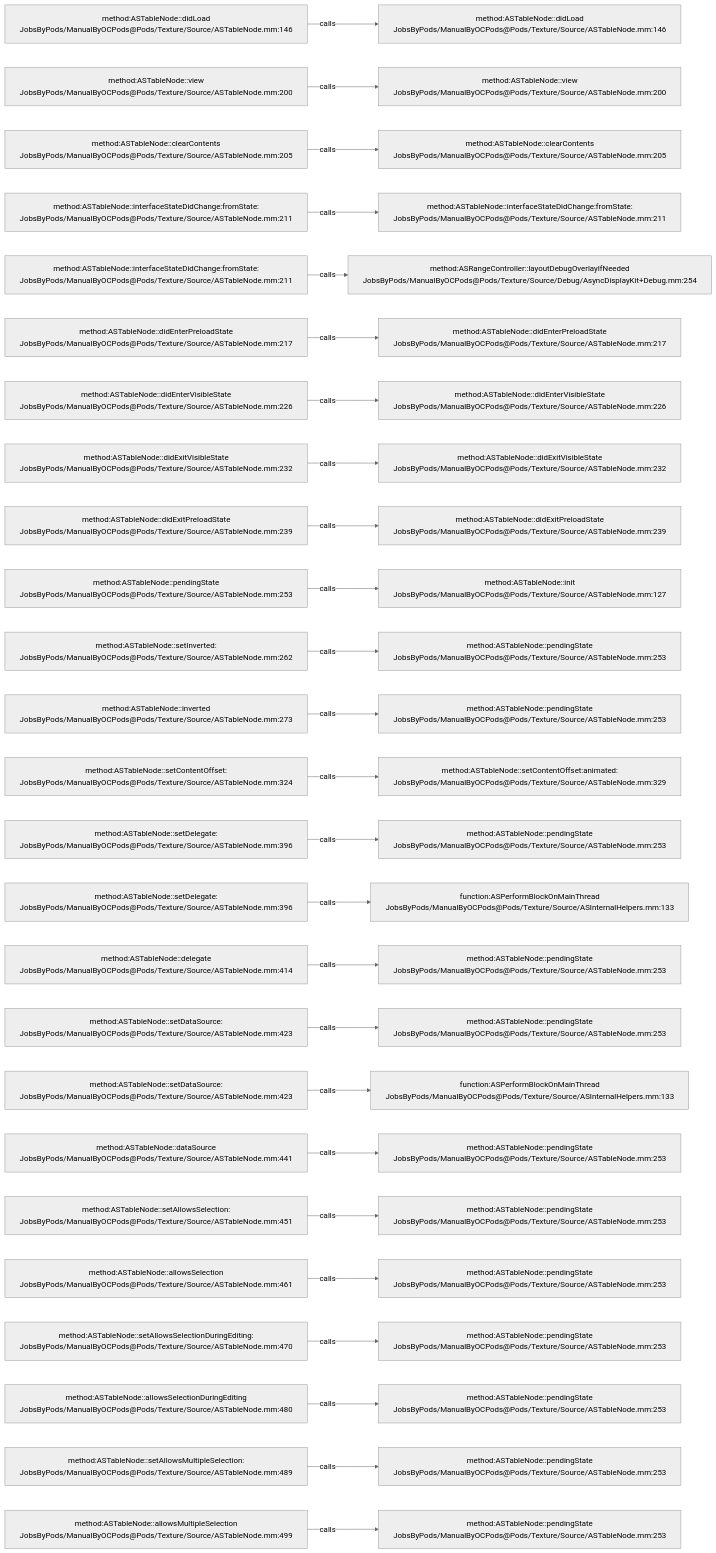
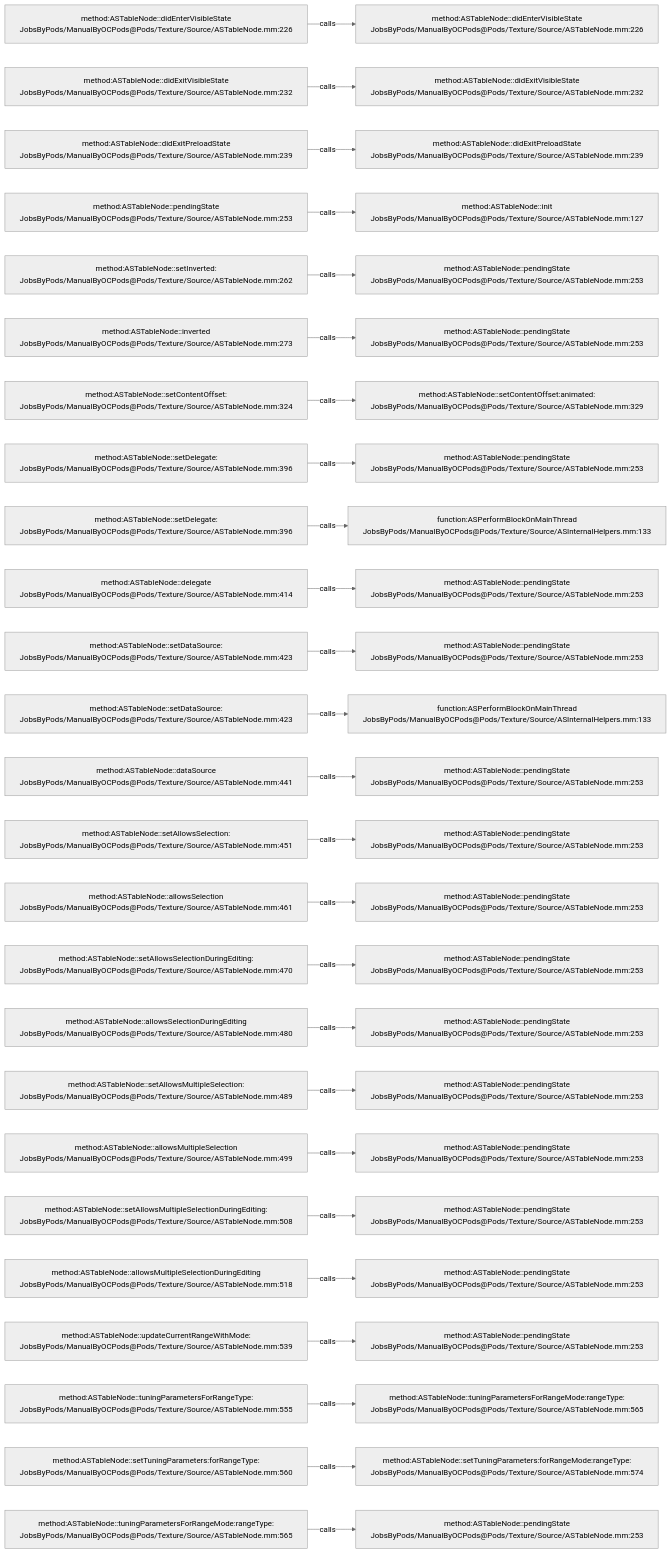
The diagram in .codegraph/codegraph.md/graphs/calls-115.md (JobsKits/JobsOCBaseConfigDemo), drawn with Mermaid (neutral theme) before and after one commit. The commit also changed 666 other files, not shown here.

````diff
--- a/.codegraph/codegraph.md/graphs/calls-115.md
+++ b/.codegraph/codegraph.md/graphs/calls-115.md
@@ -13,78 +13,78 @@
 ```mermaid
 flowchart LR
-  S1["method:ASTableNode::didLoad<br/>JobsByPods/ManualByOCPods@Pods/Texture/Source/ASTableNode.mm:146"]
-  T1["method:ASTableNode::didLoad<br/>JobsByPods/ManualByOCPods@Pods/Texture/Source/ASTableNode.mm:146"]
+  S1["method:ASTableNode::didEnterVisibleState<br/>JobsByPods/ManualByOCPods@Pods/Texture/Source/ASTableNode.mm:226"]
+  T1["method:ASTableNode::didEnterVisibleState<br/>JobsByPods/ManualByOCPods@Pods/Texture/Source/ASTableNode.mm:226"]
   S1 -->|calls| T1
-  S2["method:ASTableNode::view<br/>JobsByPods/ManualByOCPods@Pods/Texture/Source/ASTableNode.mm:200"]
-  T2["method:ASTableNode::view<br/>JobsByPods/ManualByOCPods@Pods/Texture/Source/ASTableNode.mm:200"]
+  S2["method:ASTableNode::didExitVisibleState<br/>JobsByPods/ManualByOCPods@Pods/Texture/Source/ASTableNode.mm:232"]
+  T2["method:ASTableNode::didExitVisibleState<br/>JobsByPods/ManualByOCPods@Pods/Texture/Source/ASTableNode.mm:232"]
   S2 -->|calls| T2
-  S3["method:ASTableNode::clearContents<br/>JobsByPods/ManualByOCPods@Pods/Texture/Source/ASTableNode.mm:205"]
-  T3["method:ASTableNode::clearContents<br/>JobsByPods/ManualByOCPods@Pods/Texture/Source/ASTableNode.mm:205"]
+  S3["method:ASTableNode::didExitPreloadState<br/>JobsByPods/ManualByOCPods@Pods/Texture/Source/ASTableNode.mm:239"]
+  T3["method:ASTableNode::didExitPreloadState<br/>JobsByPods/ManualByOCPods@Pods/Texture/Source/ASTableNode.mm:239"]
   S3 -->|calls| T3
-  S4["method:ASTableNode::interfaceStateDidChange:fromState:<br/>JobsByPods/ManualByOCPods@Pods/Texture/Source/ASTableNode.mm:211"]
-  T4["method:ASTableNode::interfaceStateDidChange:fromState:<br/>JobsByPods/ManualByOCPods@Pods/Texture/Source/ASTableNode.mm:211"]
+  S4["method:ASTableNode::pendingState<br/>JobsByPods/ManualByOCPods@Pods/Texture/Source/ASTableNode.mm:253"]
+  T4["method:ASTableNode::init<br/>JobsByPods/ManualByOCPods@Pods/Texture/Source/ASTableNode.mm:127"]
   S4 -->|calls| T4
-  S5["method:ASTableNode::interfaceStateDidChange:fromState:<br/>JobsByPods/ManualByOCPods@Pods/Texture/Source/ASTableNode.mm:211"]
-  T5["method:ASRangeController::layoutDebugOverlayIfNeeded<br/>JobsByPods/ManualByOCPods@Pods/Texture/Source/Debug/AsyncDisplayKit+Debug.mm:254"]
+  S5["method:ASTableNode::setInverted:<br/>JobsByPods/ManualByOCPods@Pods/Texture/Source/ASTableNode.mm:262"]
+  T5["method:ASTableNode::pendingState<br/>JobsByPods/ManualByOCPods@Pods/Texture/Source/ASTableNode.mm:253"]
   S5 -->|calls| T5
-  S6["method:ASTableNode::didEnterPreloadState<br/>JobsByPods/ManualByOCPods@Pods/Texture/Source/ASTableNode.mm:217"]
-  T6["method:ASTableNode::didEnterPreloadState<br/>JobsByPods/ManualByOCPods@Pods/Texture/Source/ASTableNode.mm:217"]
+  S6["method:ASTableNode::inverted<br/>JobsByPods/ManualByOCPods@Pods/Texture/Source/ASTableNode.mm:273"]
+  T6["method:ASTableNode::pendingState<br/>JobsByPods/ManualByOCPods@Pods/Texture/Source/ASTableNode.mm:253"]
   S6 -->|calls| T6
-  S7["method:ASTableNode::didEnterVisibleState<br/>JobsByPods/ManualByOCPods@Pods/Texture/Source/ASTableNode.mm:226"]
-  T7["method:ASTableNode::didEnterVisibleState<br/>JobsByPods/ManualByOCPods@Pods/Texture/Source/ASTableNode.mm:226"]
+  S7["method:ASTableNode::setContentOffset:<br/>JobsByPods/ManualByOCPods@Pods/Texture/Source/ASTableNode.mm:324"]
+  T7["method:ASTableNode::setContentOffset:animated:<br/>JobsByPods/ManualByOCPods@Pods/Texture/Source/ASTableNode.mm:329"]
   S7 -->|calls| T7
-  S8["method:ASTableNode::didExitVisibleState<br/>JobsByPods/ManualByOCPods@Pods/Texture/Source/ASTableNode.mm:232"]
-  T8["method:ASTableNode::didExitVisibleState<br/>JobsByPods/ManualByOCPods@Pods/Texture/Source/ASTableNode.mm:232"]
+  S8["method:ASTableNode::setDelegate:<br/>JobsByPods/ManualByOCPods@Pods/Texture/Source/ASTableNode.mm:396"]
+  T8["method:ASTableNode::pendingState<br/>JobsByPods/ManualByOCPods@Pods/Texture/Source/ASTableNode.mm:253"]
   S8 -->|calls| T8
-  S9["method:ASTableNode::didExitPreloadState<br/>JobsByPods/ManualByOCPods@Pods/Texture/Source/ASTableNode.mm:239"]
-  T9["method:ASTableNode::didExitPreloadState<br/>JobsByPods/ManualByOCPods@Pods/Texture/Source/ASTableNode.mm:239"]
+  S9["method:ASTableNode::setDelegate:<br/>JobsByPods/ManualByOCPods@Pods/Texture/Source/ASTableNode.mm:396"]
+  T9["function:ASPerformBlockOnMainThread<br/>JobsByPods/ManualByOCPods@Pods/Texture/Source/ASInternalHelpers.mm:133"]
   S9 -->|calls| T9
-  S10["method:ASTableNode::pendingState<br/>JobsByPods/ManualByOCPods@Pods/Texture/Source/ASTableNode.mm:253"]
-  T10["method:ASTableNode::init<br/>JobsByPods/ManualByOCPods@Pods/Texture/Source/ASTableNode.mm:127"]
+  S10["method:ASTableNode::delegate<br/>JobsByPods/ManualByOCPods@Pods/Texture/Source/ASTableNode.mm:414"]
+  T10["method:ASTableNode::pendingState<br/>JobsByPods/ManualByOCPods@Pods/Texture/Source/ASTableNode.mm:253"]
   S10 -->|calls| T10
-  S11["method:ASTableNode::setInverted:<br/>JobsByPods/ManualByOCPods@Pods/Texture/Source/ASTableNode.mm:262"]
+  S11["method:ASTableNode::setDataSource:<br/>JobsByPods/ManualByOCPods@Pods/Texture/Source/ASTableNode.mm:423"]
   T11["method:ASTableNode::pendingState<br/>JobsByPods/ManualByOCPods@Pods/Texture/Source/ASTableNode.mm:253"]
   S11 -->|calls| T11
-  S12["method:ASTableNode::inverted<br/>JobsByPods/ManualByOCPods@Pods/Texture/Source/ASTableNode.mm:273"]
-  T12["method:ASTableNode::pendingState<br/>JobsByPods/ManualByOCPods@Pods/Texture/Source/ASTableNode.mm:253"]
+  S12["method:ASTableNode::setDataSource:<br/>JobsByPods/ManualByOCPods@Pods/Texture/Source/ASTableNode.mm:423"]
+  T12["function:ASPerformBlockOnMainThread<br/>JobsByPods/ManualByOCPods@Pods/Texture/Source/ASInternalHelpers.mm:133"]
   S12 -->|calls| T12
-  S13["method:ASTableNode::setContentOffset:<br/>JobsByPods/ManualByOCPods@Pods/Texture/Source/ASTableNode.mm:324"]
-  T13["method:ASTableNode::setContentOffset:animated:<br/>JobsByPods/ManualByOCPods@Pods/Texture/Source/ASTableNode.mm:329"]
+  S13["method:ASTableNode::dataSource<br/>JobsByPods/ManualByOCPods@Pods/Texture/Source/ASTableNode.mm:441"]
+  T13["method:ASTableNode::pendingState<br/>JobsByPods/ManualByOCPods@Pods/Texture/Source/ASTableNode.mm:253"]
   S13 -->|calls| T13
-  S14["method:ASTableNode::setDelegate:<br/>JobsByPods/ManualByOCPods@Pods/Texture/Source/ASTableNode.mm:396"]
+  S14["method:ASTableNode::setAllowsSelection:<br/>JobsByPods/ManualByOCPods@Pods/Texture/Source/ASTableNode.mm:451"]
   T14["method:ASTableNode::pendingState<br/>JobsByPods/ManualByOCPods@Pods/Texture/Source/ASTableNode.mm:253"]
   S14 -->|calls| T14
-  S15["method:ASTableNode::setDelegate:<br/>JobsByPods/ManualByOCPods@Pods/Texture/Source/ASTableNode.mm:396"]
-  T15["function:ASPerformBlockOnMainThread<br/>JobsByPods/ManualByOCPods@Pods/Texture/Source/ASInternalHelpers.mm:133"]
+  S15["method:ASTableNode::allowsSelection<br/>JobsByPods/ManualByOCPods@Pods/Texture/Source/ASTableNode.mm:461"]
+  T15["method:ASTableNode::pendingState<br/>JobsByPods/ManualByOCPods@Pods/Texture/Source/ASTableNode.mm:253"]
   S15 -->|calls| T15
-  S16["method:ASTableNode::delegate<br/>JobsByPods/ManualByOCPods@Pods/Texture/Source/ASTableNode.mm:414"]
+  S16["method:ASTableNode::setAllowsSelectionDuringEditing:<br/>JobsByPods/ManualByOCPods@Pods/Texture/Source/ASTableNode.mm:470"]
   T16["method:ASTableNode::pendingState<br/>JobsByPods/ManualByOCPods@Pods/Texture/Source/ASTableNode.mm:253"]
   S16 -->|calls| T16
-  S17["method:ASTableNode::setDataSource:<br/>JobsByPods/ManualByOCPods@Pods/Texture/Source/ASTableNode.mm:423"]
+  S17["method:ASTableNode::allowsSelectionDuringEditing<br/>JobsByPods/ManualByOCPods@Pods/Texture/Source/ASTableNode.mm:480"]
   T17["method:ASTableNode::pendingState<br/>JobsByPods/ManualByOCPods@Pods/Texture/Source/ASTableNode.mm:253"]
   S17 -->|calls| T17
-  S18["method:ASTableNode::setDataSource:<br/>JobsByPods/ManualByOCPods@Pods/Texture/Source/ASTableNode.mm:423"]
-  T18["function:ASPerformBlockOnMainThread<br/>JobsByPods/ManualByOCPods@Pods/Texture/Source/ASInternalHelpers.mm:133"]
+  S18["method:ASTableNode::setAllowsMultipleSelection:<br/>JobsByPods/ManualByOCPods@Pods/Texture/Source/ASTableNode.mm:489"]
+  T18["method:ASTableNode::pendingState<br/>JobsByPods/ManualByOCPods@Pods/Texture/Source/ASTableNode.mm:253"]
   S18 -->|calls| T18
-  S19["method:ASTableNode::dataSource<br/>JobsByPods/ManualByOCPods@Pods/Texture/Source/ASTableNode.mm:441"]
+  S19["method:ASTableNode::allowsMultipleSelection<br/>JobsByPods/ManualByOCPods@Pods/Texture/Source/ASTableNode.mm:499"]
   T19["method:ASTableNode::pendingState<br/>JobsByPods/ManualByOCPods@Pods/Texture/Source/ASTableNode.mm:253"]
   S19 -->|calls| T19
-  S20["method:ASTableNode::setAllowsSelection:<br/>JobsByPods/ManualByOCPods@Pods/Texture/Source/ASTableNode.mm:451"]
+  S20["method:ASTableNode::setAllowsMultipleSelectionDuringEditing:<br/>JobsByPods/ManualByOCPods@Pods/Texture/Source/ASTableNode.mm:508"]
   T20["method:ASTableNode::pendingState<br/>JobsByPods/ManualByOCPods@Pods/Texture/Source/ASTableNode.mm:253"]
   S20 -->|calls| T20
-  S21["method:ASTableNode::allowsSelection<br/>JobsByPods/ManualByOCPods@Pods/Texture/Source/ASTableNode.mm:461"]
+  S21["method:ASTableNode::allowsMultipleSelectionDuringEditing<br/>JobsByPods/ManualByOCPods@Pods/Texture/Source/ASTableNode.mm:518"]
   T21["method:ASTableNode::pendingState<br/>JobsByPods/ManualByOCPods@Pods/Texture/Source/ASTableNode.mm:253"]
   S21 -->|calls| T21
-  S22["method:ASTableNode::setAllowsSelectionDuringEditing:<br/>JobsByPods/ManualByOCPods@Pods/Texture/Source/ASTableNode.mm:470"]
+  S22["method:ASTableNode::updateCurrentRangeWithMode:<br/>JobsByPods/ManualByOCPods@Pods/Texture/Source/ASTableNode.mm:539"]
   T22["method:ASTableNode::pendingState<br/>JobsByPods/ManualByOCPods@Pods/Texture/Source/ASTableNode.mm:253"]
   S22 -->|calls| T22
-  S23["method:ASTableNode::allowsSelectionDuringEditing<br/>JobsByPods/ManualByOCPods@Pods/Texture/Source/ASTableNode.mm:480"]
-  T23["method:ASTableNode::pendingState<br/>JobsByPods/ManualByOCPods@Pods/Texture/Source/ASTableNode.mm:253"]
+  S23["method:ASTableNode::tuningParametersForRangeType:<br/>JobsByPods/ManualByOCPods@Pods/Texture/Source/ASTableNode.mm:555"]
+  T23["method:ASTableNode::tuningParametersForRangeMode:rangeType:<br/>JobsByPods/ManualByOCPods@Pods/Texture/Source/ASTableNode.mm:565"]
   S23 -->|calls| T23
-  S24["method:ASTableNode::setAllowsMultipleSelection:<br/>JobsByPods/ManualByOCPods@Pods/Texture/Source/ASTableNode.mm:489"]
-  T24["method:ASTableNode::pendingState<br/>JobsByPods/ManualByOCPods@Pods/Texture/Source/ASTableNode.mm:253"]
+  S24["method:ASTableNode::setTuningParameters:forRangeType:<br/>JobsByPods/ManualByOCPods@Pods/Texture/Source/ASTableNode.mm:560"]
+  T24["method:ASTableNode::setTuningParameters:forRangeMode:rangeType:<br/>JobsByPods/ManualByOCPods@Pods/Texture/Source/ASTableNode.mm:574"]
   S24 -->|calls| T24
-  S25["method:ASTableNode::allowsMultipleSelection<br/>JobsByPods/ManualByOCPods@Pods/Texture/Source/ASTableNode.mm:499"]
+  S25["method:ASTableNode::tuningParametersForRangeMode:rangeType:<br/>JobsByPods/ManualByOCPods@Pods/Texture/Source/ASTableNode.mm:565"]
   T25["method:ASTableNode::pendingState<br/>JobsByPods/ManualByOCPods@Pods/Texture/Source/ASTableNode.mm:253"]
   S25 -->|calls| T25
 ```
````
